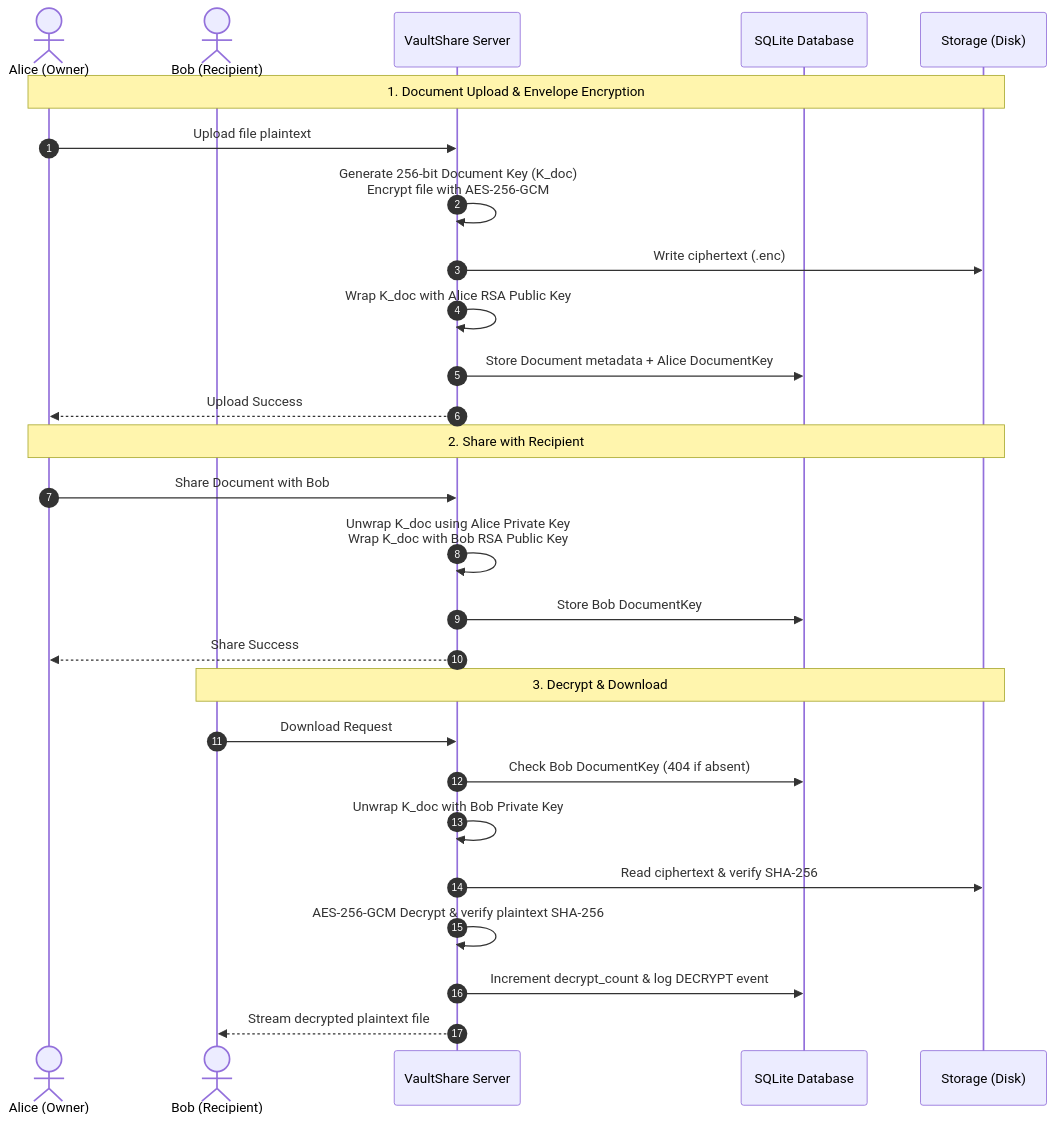
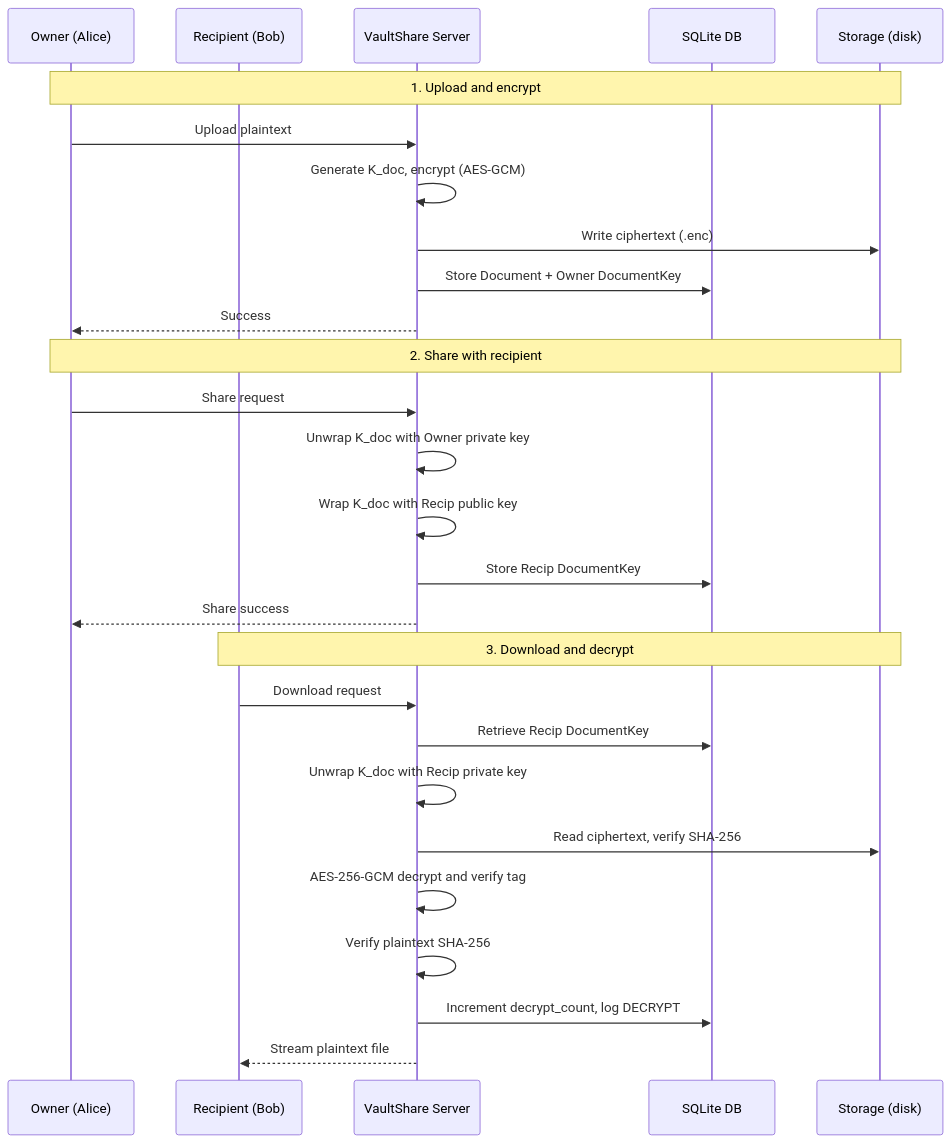
The diagram in README.md (AnuraagShirsat/VaultShare), drawn with Mermaid before and after one commit. The commit also changed other lines of this file, not shown here.

````diff
--- a/README.md
+++ b/README.md
@@ -57,32 +63,32 @@
 ```mermaid
 sequenceDiagram
-    autonumber
-    actor Alice as Alice (Owner)
-    actor Bob as Bob (Recipient)
+    participant Owner as Owner (Alice)
+    participant Recip as Recipient (Bob)
     participant S as VaultShare Server
-    participant DB as SQLite Database
-    participant FS as Storage (Disk)
+    participant DB as SQLite DB
+    participant FS as Storage (disk)
 
-    Note over Alice, FS: 1. Document Upload & Envelope Encryption
-    Alice->>S: Upload file plaintext
-    S->>S: Generate 256-bit Document Key (K_doc)<br/>Encrypt file with AES-256-GCM
+    Note over Owner, FS: 1. Upload and encrypt
+    Owner->>S: Upload plaintext
+    S->>S: Generate K_doc, encrypt (AES-GCM)
     S->>FS: Write ciphertext (.enc)
-    S->>S: Wrap K_doc with Alice RSA Public Key
-    S->>DB: Store Document metadata + Alice DocumentKey
-    S-->>Alice: Upload Success
+    S->>DB: Store Document + Owner DocumentKey
+    S-->>Owner: Success
 
-    Note over Alice, FS: 2. Share with Recipient
-    Alice->>S: Share Document with Bob
-    S->>S: Unwrap K_doc using Alice Private Key<br/>Wrap K_doc with Bob RSA Public Key
-    S->>DB: Store Bob DocumentKey
-    S-->>Alice: Share Success
+    Note over Owner, FS: 2. Share with recipient
+    Owner->>S: Share request
+    S->>S: Unwrap K_doc with Owner private key
+    S->>S: Wrap K_doc with Recip public key
+    S->>DB: Store Recip DocumentKey
+    S-->>Owner: Share success
 
-    Note over Bob, FS: 3. Decrypt & Download
-    Bob->>S: Download Request
-    S->>DB: Check Bob DocumentKey (404 if absent)
-    S->>S: Unwrap K_doc with Bob Private Key
-    S->>FS: Read ciphertext & verify SHA-256
-    S->>S: AES-256-GCM Decrypt & verify plaintext SHA-256
-    S->>DB: Increment decrypt_count & log DECRYPT event
-    S-->>Bob: Stream decrypted plaintext file
+    Note over Recip, FS: 3. Download and decrypt
+    Recip->>S: Download request
+    S->>DB: Retrieve Recip DocumentKey
+    S->>S: Unwrap K_doc with Recip private key
+    S->>FS: Read ciphertext, verify SHA-256
+    S->>S: AES-256-GCM decrypt and verify tag
+    S->>S: Verify plaintext SHA-256
+    S->>DB: Increment decrypt_count, log DECRYPT
+    S-->>Recip: Stream plaintext file
 ```
````
